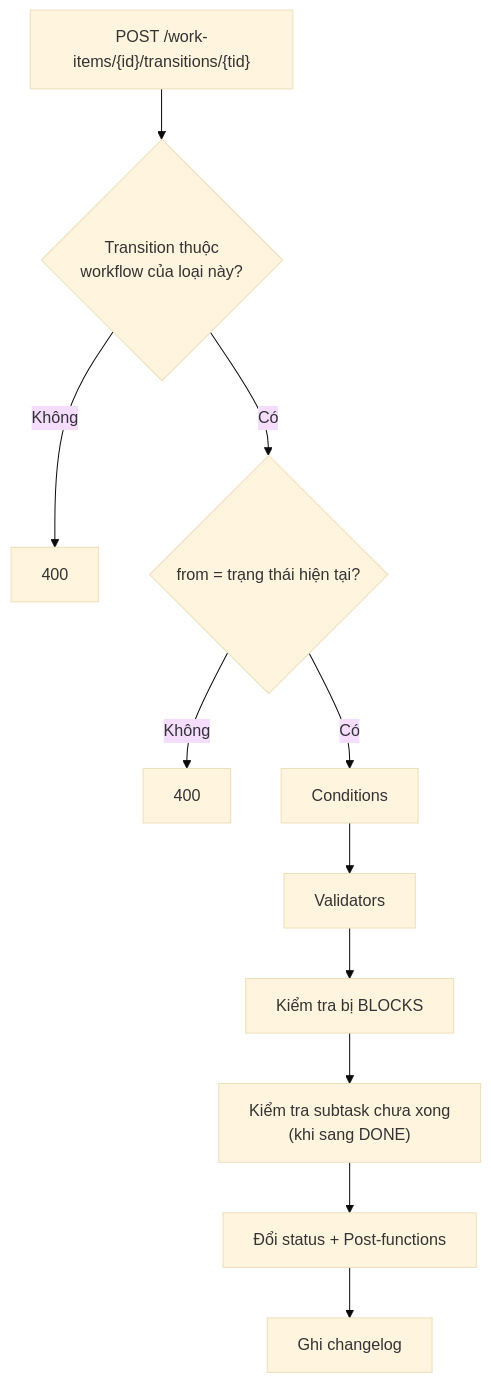
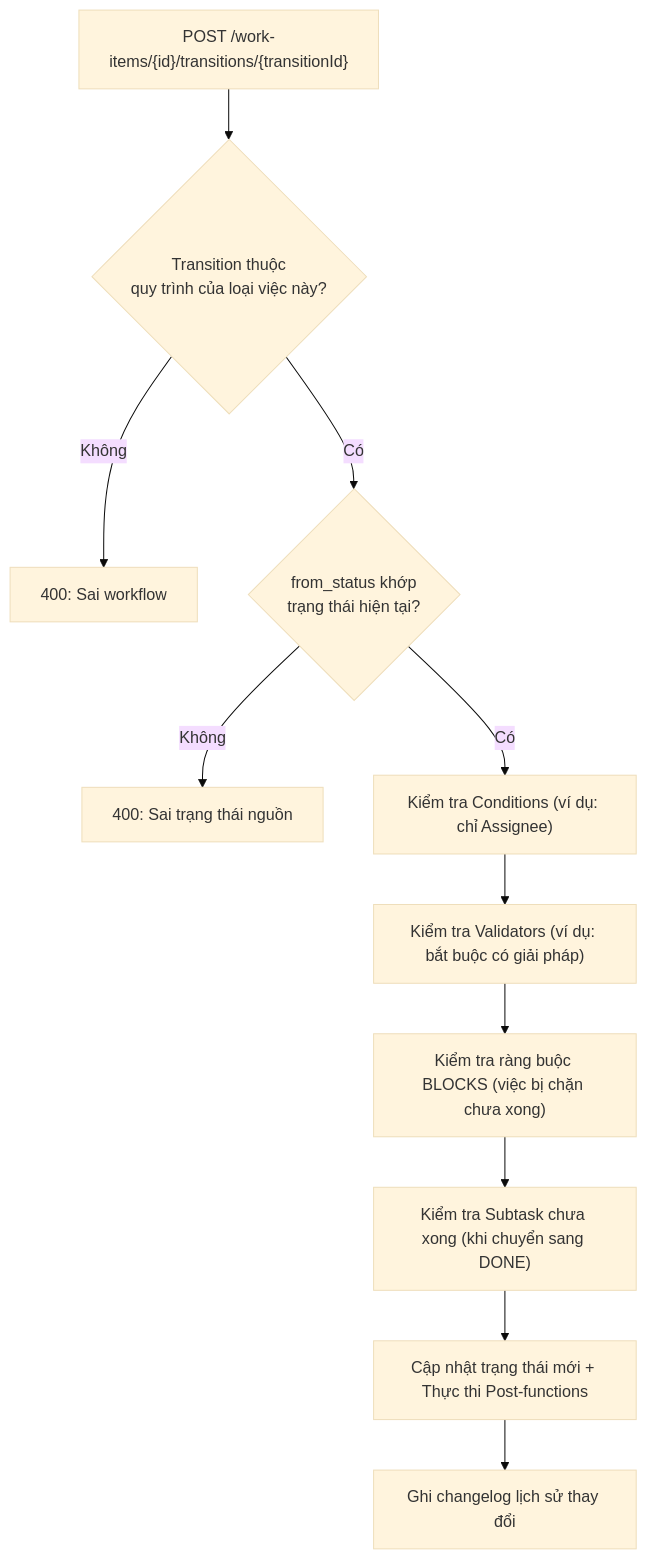
One commit to Hecker-Chuoi/DATN-2026 changed the tenth of 11 diagrams in formal_doc/02_NGHIEP_VU_PROJECT.md. Above: the diagram before and after it, drawn with Mermaid (base theme). The commit also changed other lines of this file and 60 other files, not shown here.

````diff
--- a/formal_doc/02_NGHIEP_VU_PROJECT.md
+++ b/formal_doc/02_NGHIEP_VU_PROJECT.md
@@ -384,13 +359,13 @@
 ```mermaid
 flowchart TD
-    A["POST /work-items/{id}/transitions/{tid}"] --> B{"Transition thuộc<br/>workflow của loại này?"}
-    B -- "Không" --> X1["400"]
-    B -- "Có" --> C{"from = trạng thái hiện tại?"}
-    C -- "Không" --> X2["400"]
-    C -- "Có" --> D["Conditions"]
-    D --> E["Validators"]
-    E --> F["Kiểm tra bị BLOCKS"]
-    F --> G["Kiểm tra subtask chưa xong<br/>(khi sang DONE)"]
-    G --> H["Đổi status + Post-functions"]
-    H --> I["Ghi changelog"]
+    A["POST /work-items/{id}/transitions/{transitionId}"] --> B{"Transition thuộc<br/>quy trình của loại việc này?"}
+    B -- "Không" --> X1["400: Sai workflow"]
+    B -- "Có" --> C{"from_status khớp<br/>trạng thái hiện tại?"}
+    C -- "Không" --> X2["400: Sai trạng thái nguồn"]
+    C -- "Có" --> D["Kiểm tra Conditions (ví dụ: chỉ Assignee)"]
+    D --> E["Kiểm tra Validators (ví dụ: bắt buộc có giải pháp)"]
+    E --> F["Kiểm tra ràng buộc BLOCKS (việc bị chặn chưa xong)"]
+    F --> G["Kiểm tra Subtask chưa xong (khi chuyển sang DONE)"]
+    G --> H["Cập nhật trạng thái mới + Thực thi Post-functions"]
+    H --> I["Ghi changelog lịch sử thay đổi"]
 ```
````
